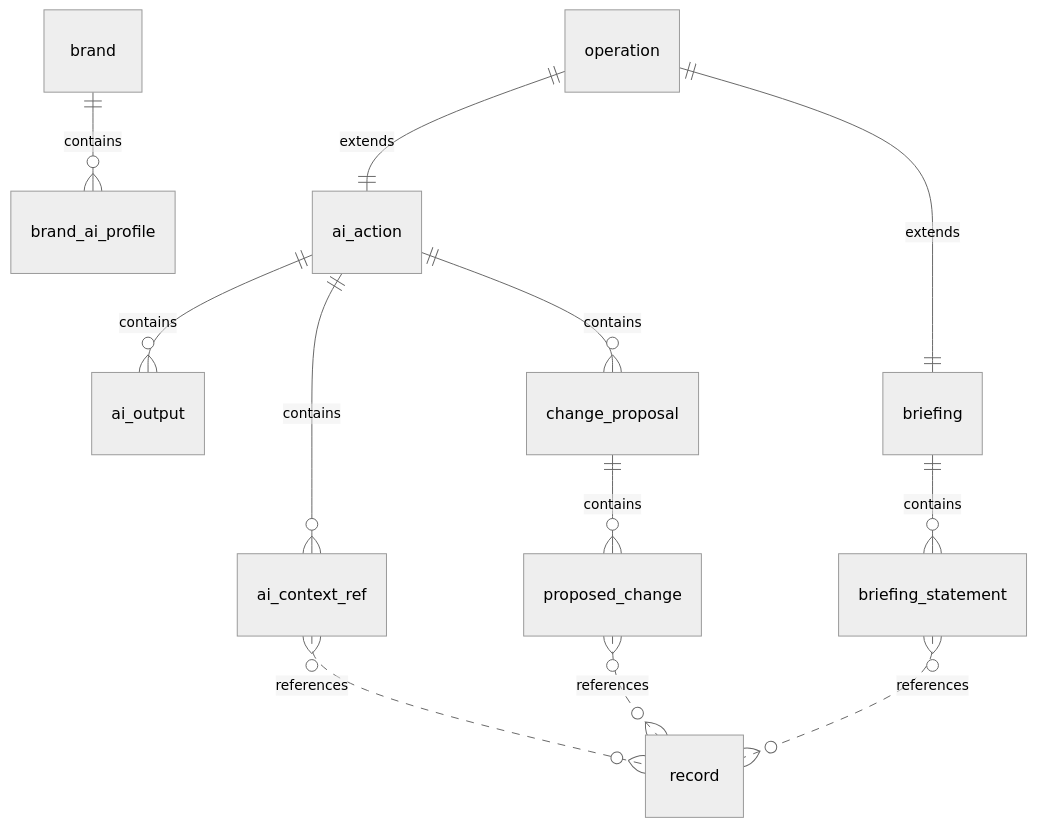
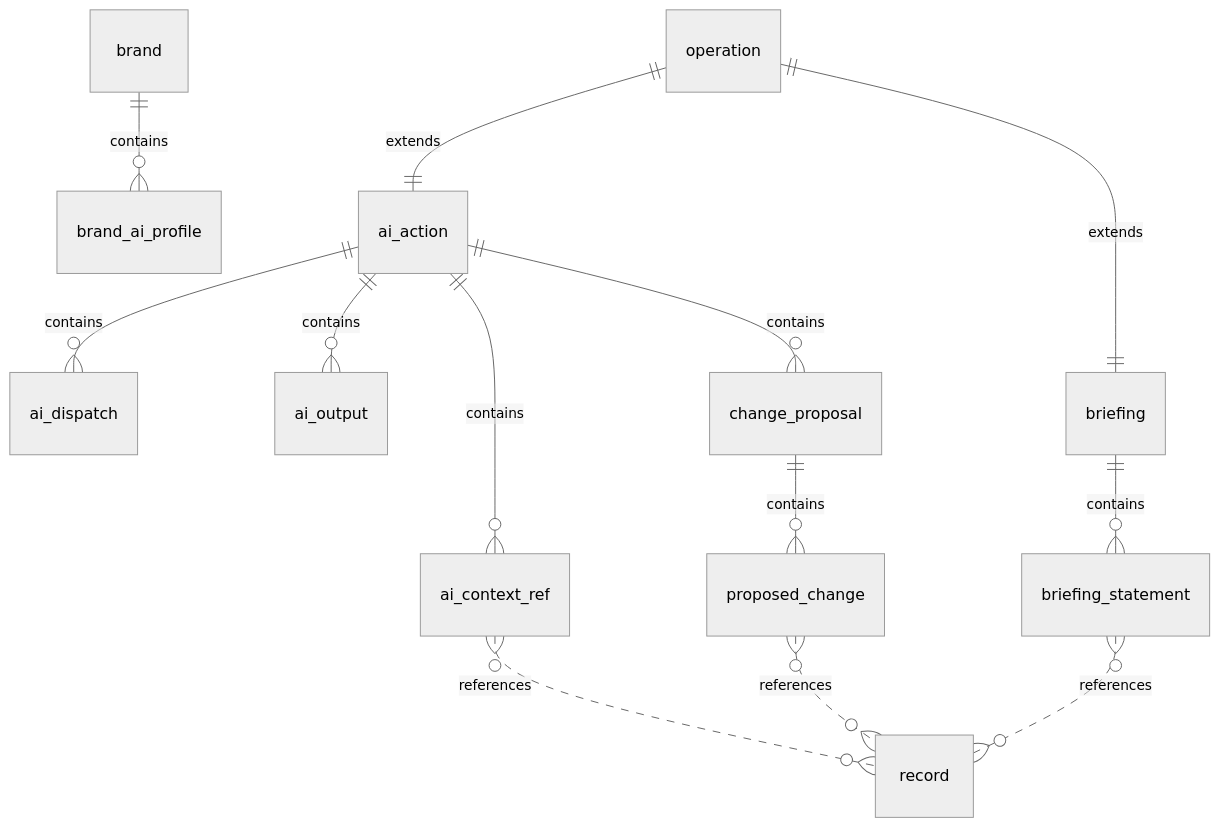
One commit to KatrielMoses/pm changed diagram 27 of 31 in docs/architecture/data/generated/er-diagrams.md. Above: the diagram before and after it, drawn with Mermaid (neutral theme). The commit also changed 23 other files, not shown here.

````diff
--- a/docs/architecture/data/generated/er-diagrams.md
+++ b/docs/architecture/data/generated/er-diagrams.md
@@ -433,14 +433,15 @@
 ```mermaid
 erDiagram
   brand ||--o{ brand_ai_profile : "contains"
   operation ||--|| ai_action : "extends"
   ai_action ||--o{ ai_context_ref : "contains"
   ai_context_ref }o..o{ record : "references"
+  ai_action ||--o{ ai_dispatch : "contains"
   ai_action ||--o{ ai_output : "contains"
   ai_action ||--o{ change_proposal : "contains"
   change_proposal ||--o{ proposed_change : "contains"
   proposed_change }o..o{ record : "references"
   operation ||--|| briefing : "extends"
   briefing ||--o{ briefing_statement : "contains"
   briefing_statement }o..o{ record : "references"
 ```
````
